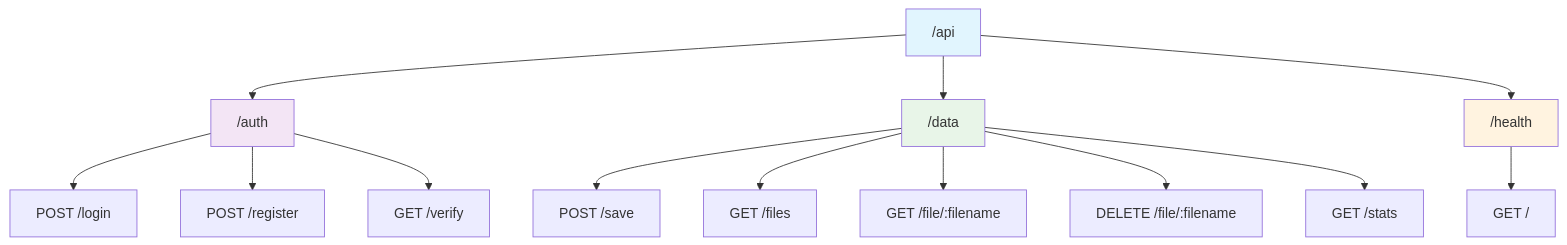
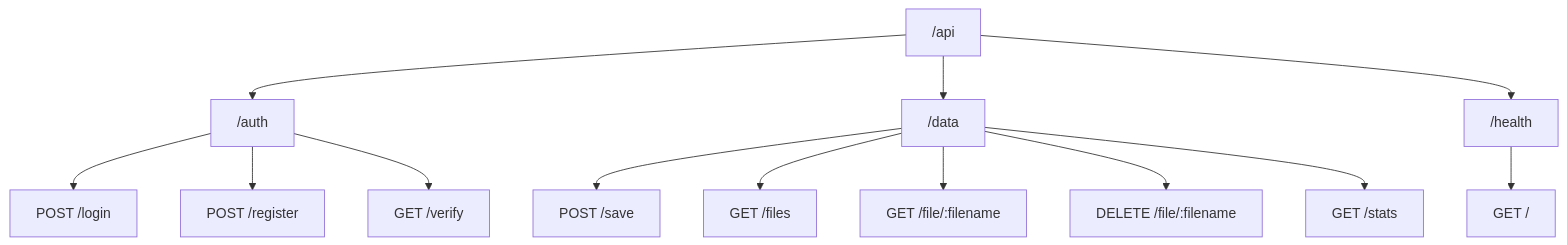
Before and after one commit to berry-13/vicsam-group: the second of 3 diagrams in README.md, drawn with Mermaid.

Commit message:
feat: Rimuovi stili non necessari dal diagramma degli endpoint API

````diff
--- a/README.md
+++ b/README.md
@@ -45,23 +45,18 @@
 ```mermaid
 flowchart TD
     A["/api"] --> B["/auth"]
     A --> C["/data"]
     A --> D["/health"]
     
     B --> E["POST /login"]
     B --> F["POST /register"]
     B --> G["GET /verify"]
     
     C --> H["POST /save"]
     C --> I["GET /files"]
     C --> J["GET /file/:filename"]
     C --> K["DELETE /file/:filename"]
     C --> L["GET /stats"]
     
     D --> M["GET /"]
-    
-    style A fill:#e1f5fe
-    style B fill:#f3e5f5
-    style C fill:#e8f5e8
-    style D fill:#fff3e0
 ```
````
